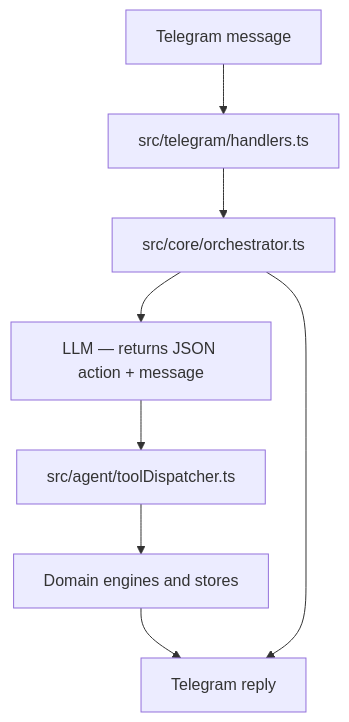
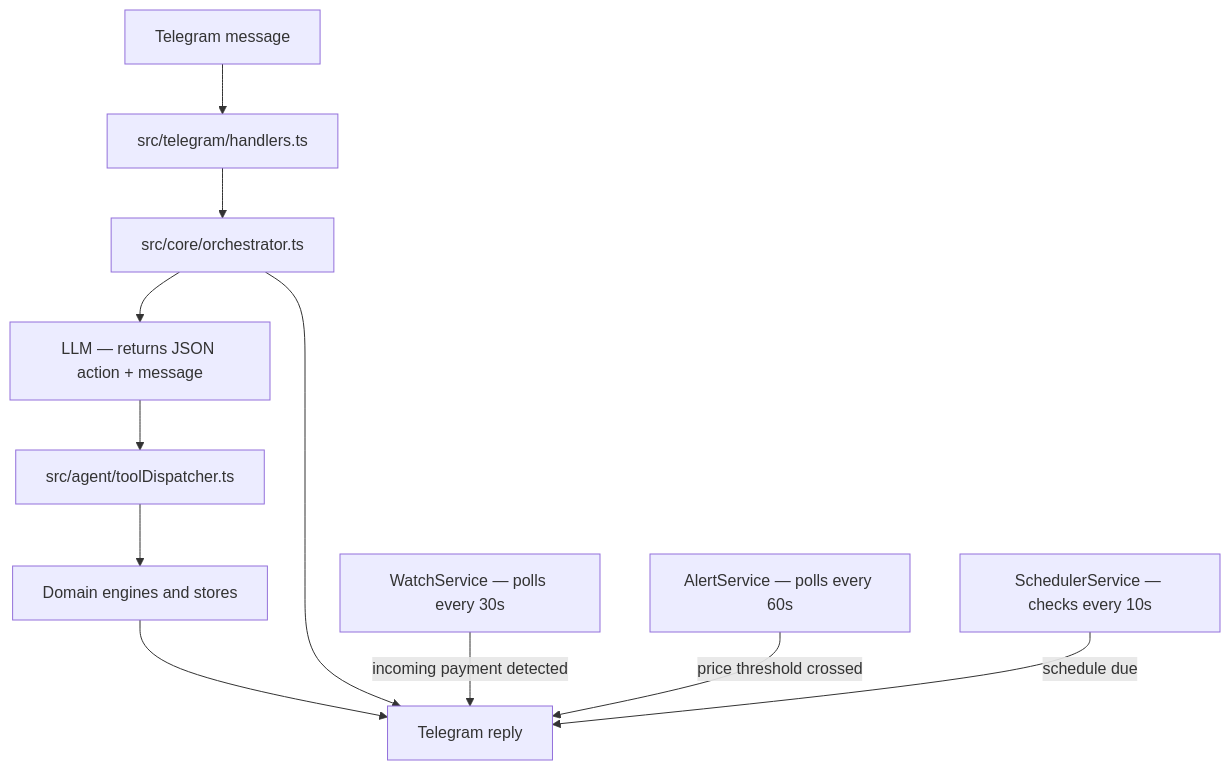
The diagram in README.md (dnebayis/ArcPayAgent), drawn with Mermaid before and after one commit. The commit also changed other lines of this file and 5 other files, not shown here.

First line of the commit message:
test: add 170 unit tests for orchestrator guards, WatchStore, AlertStore

````diff
--- a/README.md
+++ b/README.md
@@ -67,10 +70,13 @@
 ```mermaid
 flowchart TD
     A[Telegram message] --> B[src/telegram/handlers.ts]
     B --> C[src/core/orchestrator.ts]
     C --> D[LLM — returns JSON action + message]
     D --> E[src/agent/toolDispatcher.ts]
     E --> F[Domain engines and stores]
     F --> G[Telegram reply]
     C --> G
+    W[WatchService — polls every 30s] -->|incoming payment detected| G
+    AL[AlertService — polls every 60s] -->|price threshold crossed| G
+    SC[SchedulerService — checks every 10s] -->|schedule due| G
 ```
````
